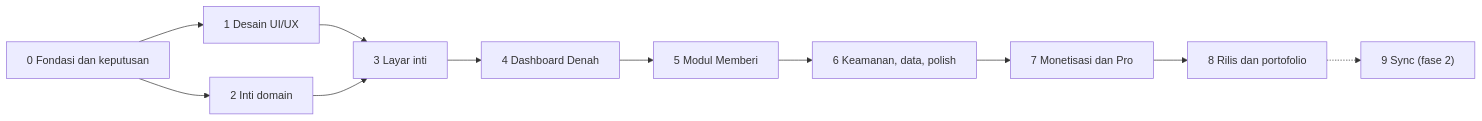
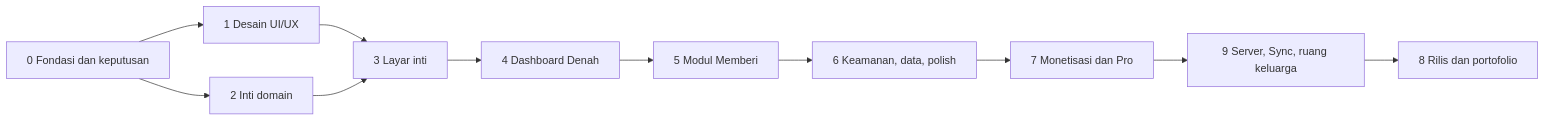
Before and after one commit to elahady/Rizqflow: the diagram in docs/roadmap.md, drawn with Mermaid. The commit also changed other lines of this file and 3 other files, not shown here.

First line of the commit message:
Putuskan server ikut rilis pertama dan naikkan Tahap 9 sebelum rilis

````diff
--- a/docs/roadmap.md
+++ b/docs/roadmap.md
@@ -13,13 +13,13 @@
 ```mermaid
 flowchart LR
 T0["0 Fondasi dan keputusan"] --> T1["1 Desain UI/UX"]
 T0 --> T2["2 Inti domain"]
 T1 --> T3["3 Layar inti"]
 T2 --> T3
 T3 --> T4["4 Dashboard Denah"]
 T4 --> T5["5 Modul Memberi"]
 T5 --> T6["6 Keamanan, data, polish"]
 T6 --> T7["7 Monetisasi dan Pro"]
-T7 --> T8["8 Rilis dan portofolio"]
-T8 -.-> T9["9 Sync (fase 2)"]
+T7 --> T9["9 Server, Sync, ruang keluarga"]
+T9 --> T8["8 Rilis dan portofolio"]
 ```
````
